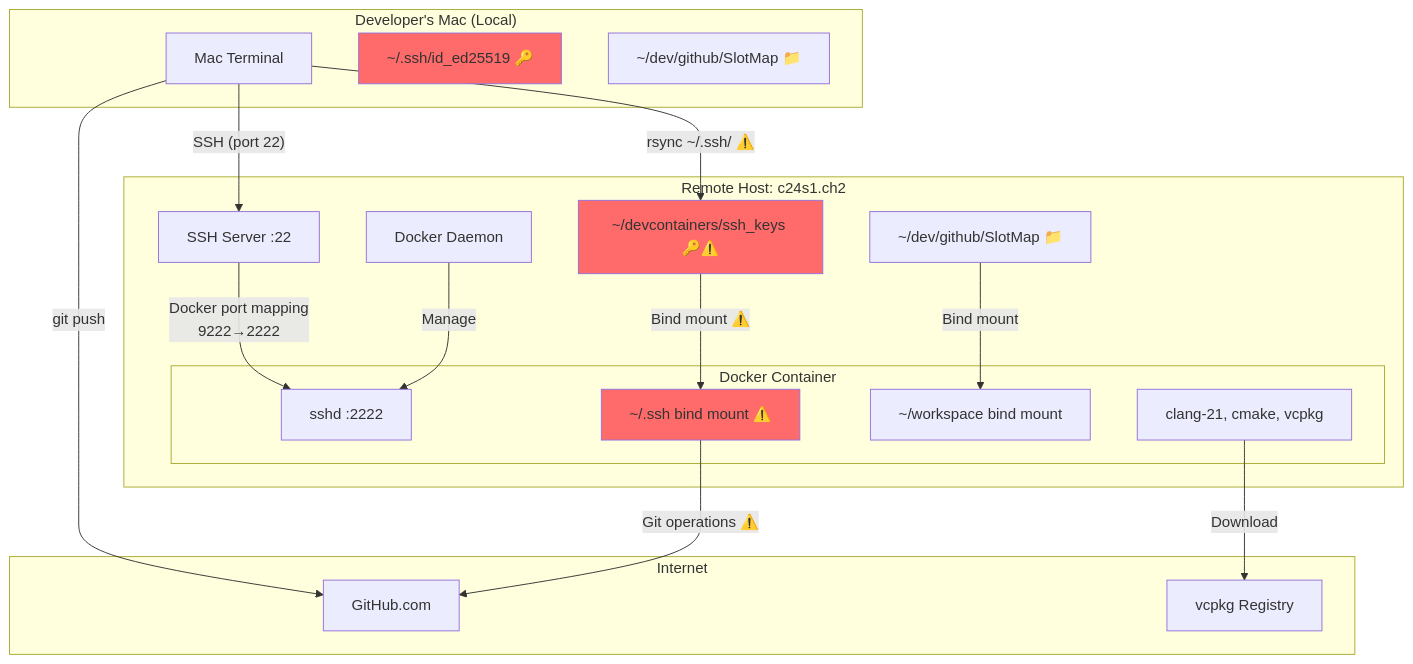
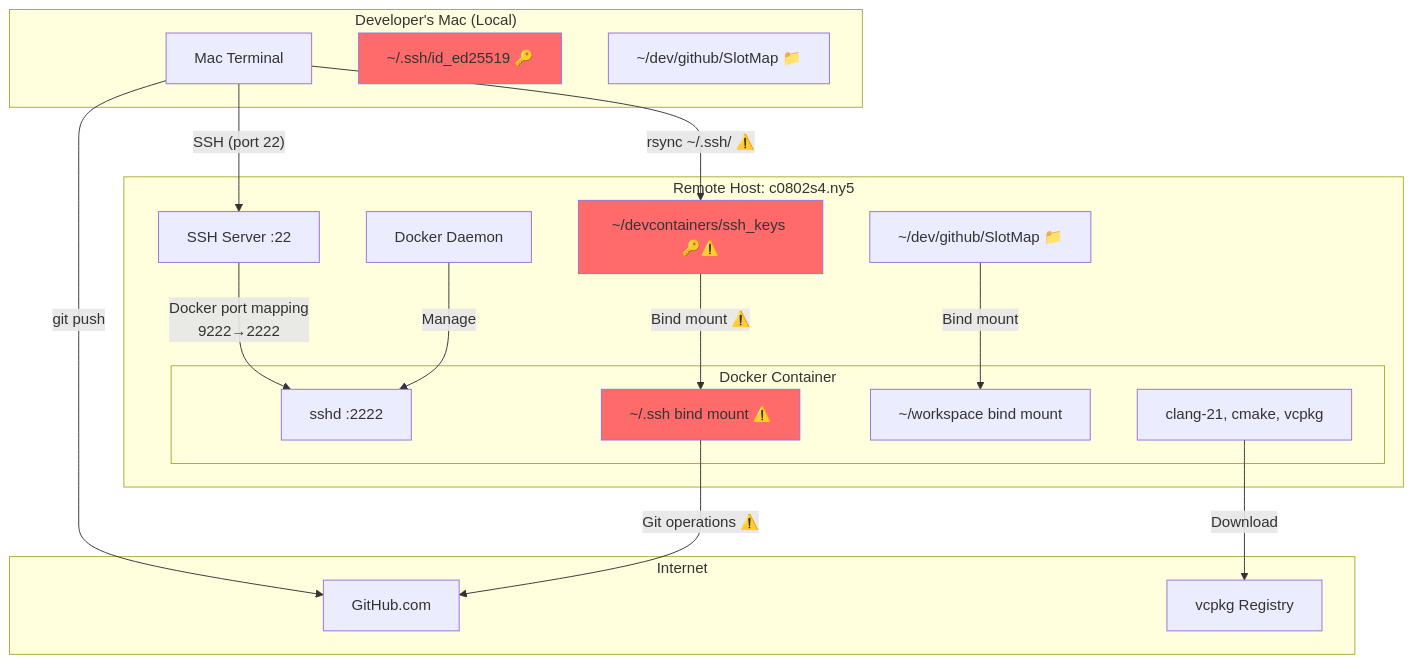
Before and after one commit to rmanaloto-tastytrade/SlotMap: the second of 23 diagrams in docs/WORKFLOW_DIAGRAMS.md, drawn with Mermaid. The commit also changed other lines of this file and 14 other files, not shown here.

````diff
--- a/docs/WORKFLOW_DIAGRAMS.md
+++ b/docs/WORKFLOW_DIAGRAMS.md
@@ -62,41 +62,41 @@
 ```mermaid
 graph TB
     subgraph "Developer's Mac (Local)"
         A[Mac Terminal]
         B[~/.ssh/id_ed25519 🔑]
         C[~/dev/github/SlotMap 📁]
     end
 
     subgraph "Internet"
         I[GitHub.com]
         V[vcpkg Registry]
     end
 
-    subgraph "Remote Host: c24s1.ch2"
+    subgraph "Remote Host: c0802s4.ny5"
         D[SSH Server :22]
         E[Docker Daemon]
         F[~/dev/github/SlotMap 📁]
         G[~/devcontainers/ssh_keys 🔑⚠️]
 
         subgraph "Docker Container"
             H[sshd :2222]
             J[~/.ssh bind mount ⚠️]
             K[~/workspace bind mount]
             L[clang-21, cmake, vcpkg]
         end
     end
 
     A -->|"SSH (port 22)"| D
     A -->|"rsync ~/.ssh/ ⚠️"| G
     A -->|"git push"| I
     D -->|"Docker port mapping<br/>9222→2222"| H
     E -->|"Manage"| H
     F -->|"Bind mount"| K
     G -->|"Bind mount ⚠️"| J
     J -->|"Git operations ⚠️"| I
     L -->|"Download"| V
 
     style B fill:#ff6b6b
     style G fill:#ff6b6b
     style J fill:#ff6b6b
 ```
````
